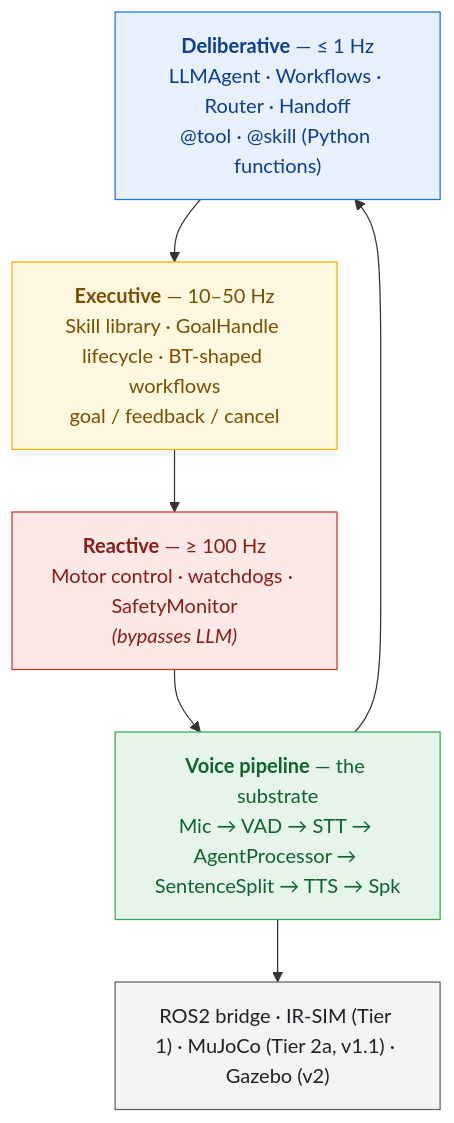
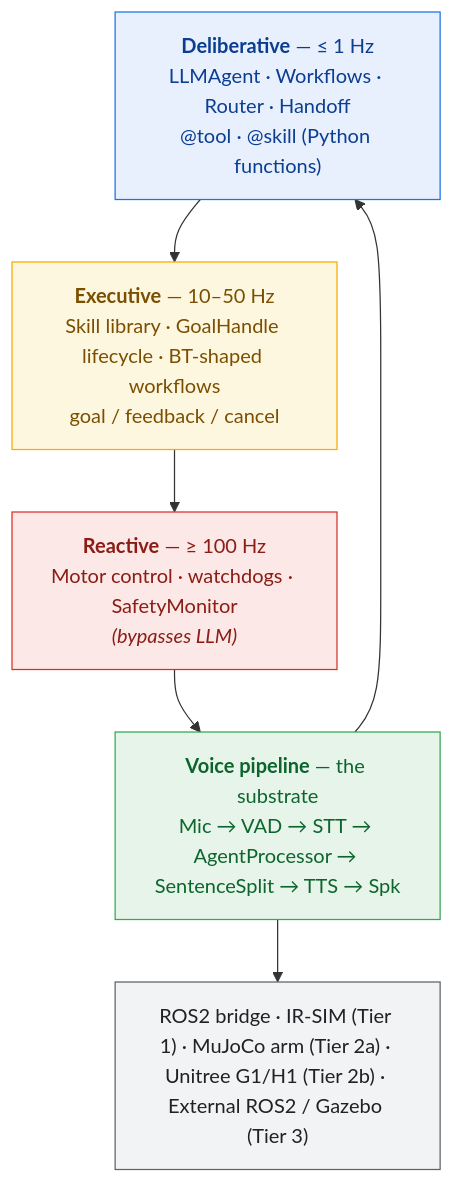
The diagram in README.md (vietanhdev/edgevox), drawn with Mermaid before and after one commit. The commit also changed other lines of this file and 30 other files, not shown here.

````diff
--- a/README.md
+++ b/README.md
@@ -220,29 +248,29 @@
 ```mermaid
 flowchart TB
     D["`**Deliberative** — ≤ 1 Hz
 LLMAgent · Workflows · Router · Handoff
 @tool · @skill (Python functions)`"]
     E["`**Executive** — 10–50 Hz
 Skill library · GoalHandle lifecycle · BT-shaped workflows
 goal / feedback / cancel`"]
     R["`**Reactive** — ≥ 100 Hz
 Motor control · watchdogs · SafetyMonitor
 *(bypasses LLM)*`"]
     VP["`**Voice pipeline** — the substrate
 Mic → VAD → STT → AgentProcessor → SentenceSplit → TTS → Spk`"]
-    OUT["`ROS2 bridge · IR-SIM (Tier 1) · MuJoCo (Tier 2a, v1.1) · Gazebo (v2)`"]
+    OUT["`ROS2 bridge · IR-SIM (Tier 1) · MuJoCo arm (Tier 2a) · Unitree G1/H1 (Tier 2b) · External ROS2 / Gazebo (Tier 3)`"]
     D --> E --> R
     R --> VP
     VP --> D
     VP --> OUT
     classDef deliberative fill:#e8f0fe,stroke:#1a73e8,color:#0b3d91
     classDef executive    fill:#fef7e0,stroke:#f9ab00,color:#7a4f01
     classDef reactive     fill:#fce8e6,stroke:#d93025,color:#8a1d15
     classDef substrate    fill:#e6f4ea,stroke:#34a853,color:#0d652d
     classDef out          fill:#f1f3f4,stroke:#5f6368,color:#202124
     class D deliberative
     class E executive
     class R reactive
     class VP substrate
     class OUT out
 ```
````
